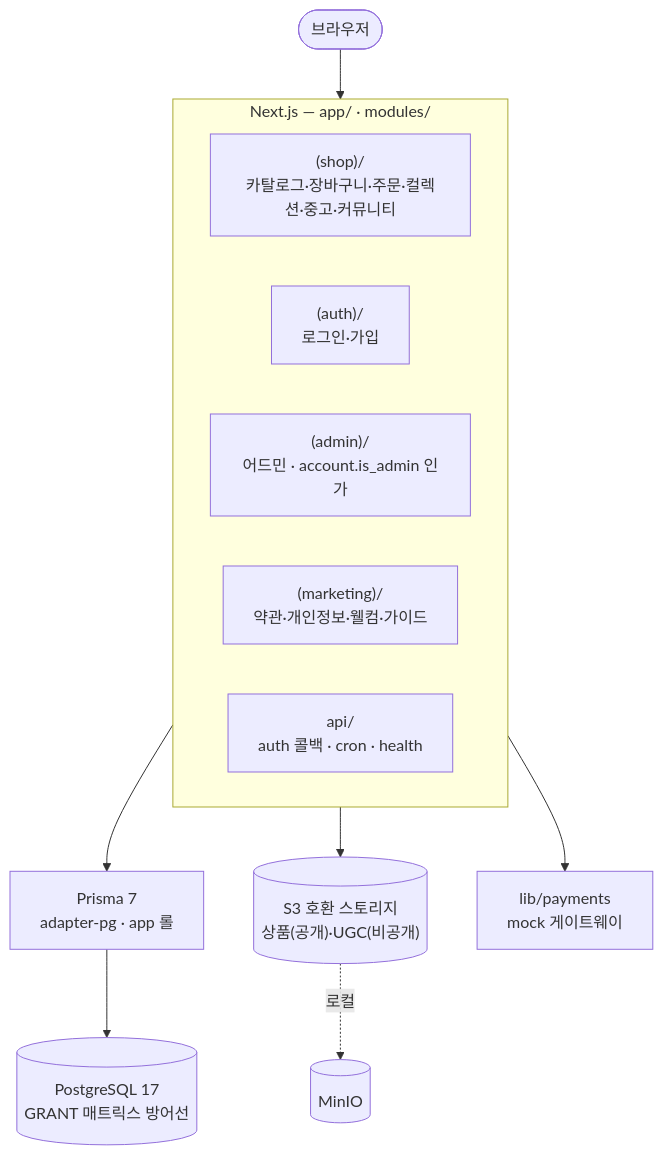
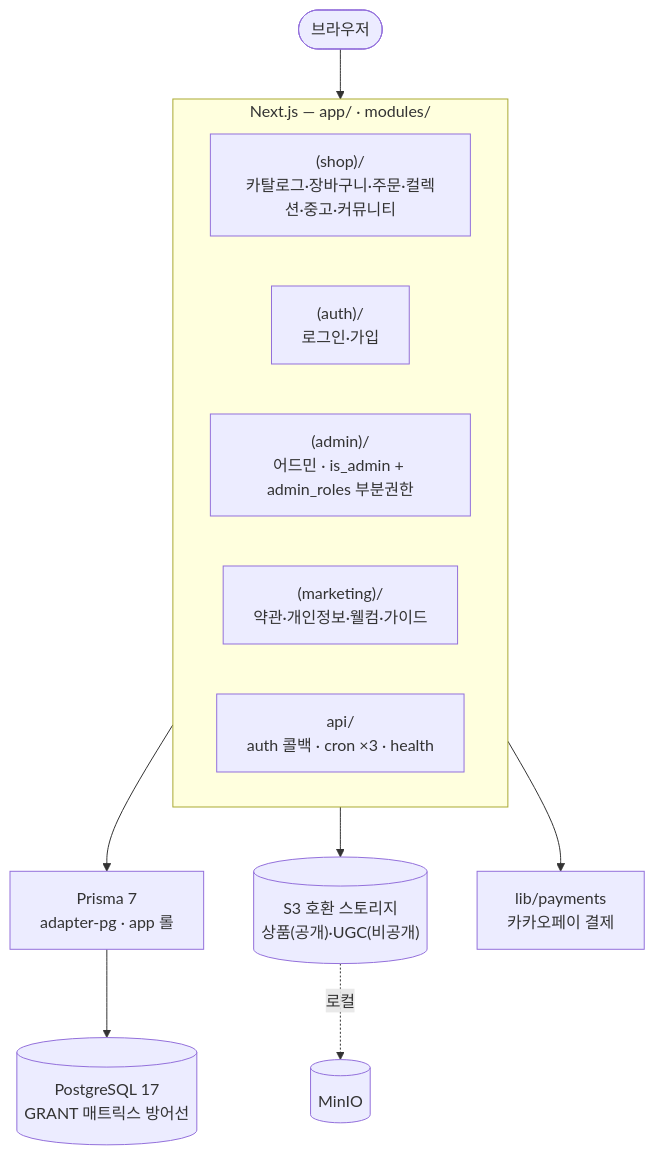
The diagram in README.md (CobyApp/iroiro), drawn with Mermaid before and after one commit. The commit also changed other lines of this file and 14 other files, not shown here.

Commit message:
docs: 문서 전면 최신화 (카카오 단독·카카오페이·부분권한 어드민·크론3·public 전환)

````diff
--- a/README.md
+++ b/README.md
@@ -7,21 +7,21 @@
 ```mermaid
 flowchart TD
     Browser(["브라우저"])
 
     subgraph App ["Next.js — app/ · modules/"]
         Shop["(shop)/<br/>카탈로그·장바구니·주문·컬렉션·중고·커뮤니티"]
         Auth["(auth)/<br/>로그인·가입"]
-        Admin["(admin)/<br/>어드민 · account.is_admin 인가"]
+        Admin["(admin)/<br/>어드민 · is_admin + admin_roles 부분권한"]
         Mkt["(marketing)/<br/>약관·개인정보·웰컴·가이드"]
-        Api["api/<br/>auth 콜백 · cron · health"]
+        Api["api/<br/>auth 콜백 · cron ×3 · health"]
     end
 
     Browser --> App
 
     App --> Prisma["Prisma 7<br/>adapter-pg · app 롤"]
     App --> S3[("S3 호환 스토리지<br/>상품(공개)·UGC(비공개)")]
-    App --> Pay["lib/payments<br/>mock 게이트웨이"]
+    App --> Pay["lib/payments<br/>카카오페이 결제"]
 
     Prisma --> PG[("PostgreSQL 17<br/>GRANT 매트릭스 방어선")]
     S3 -. 로컬 .-> MinIO[("MinIO")]
 ```
````
